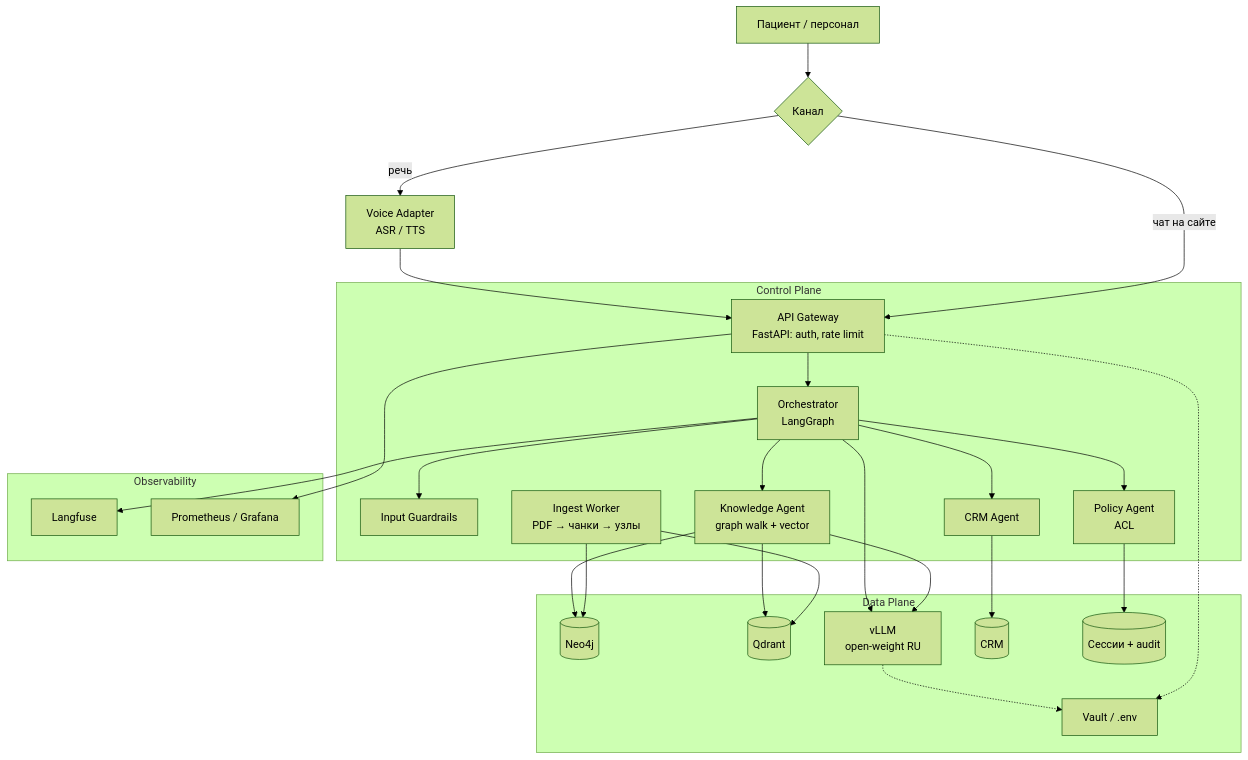
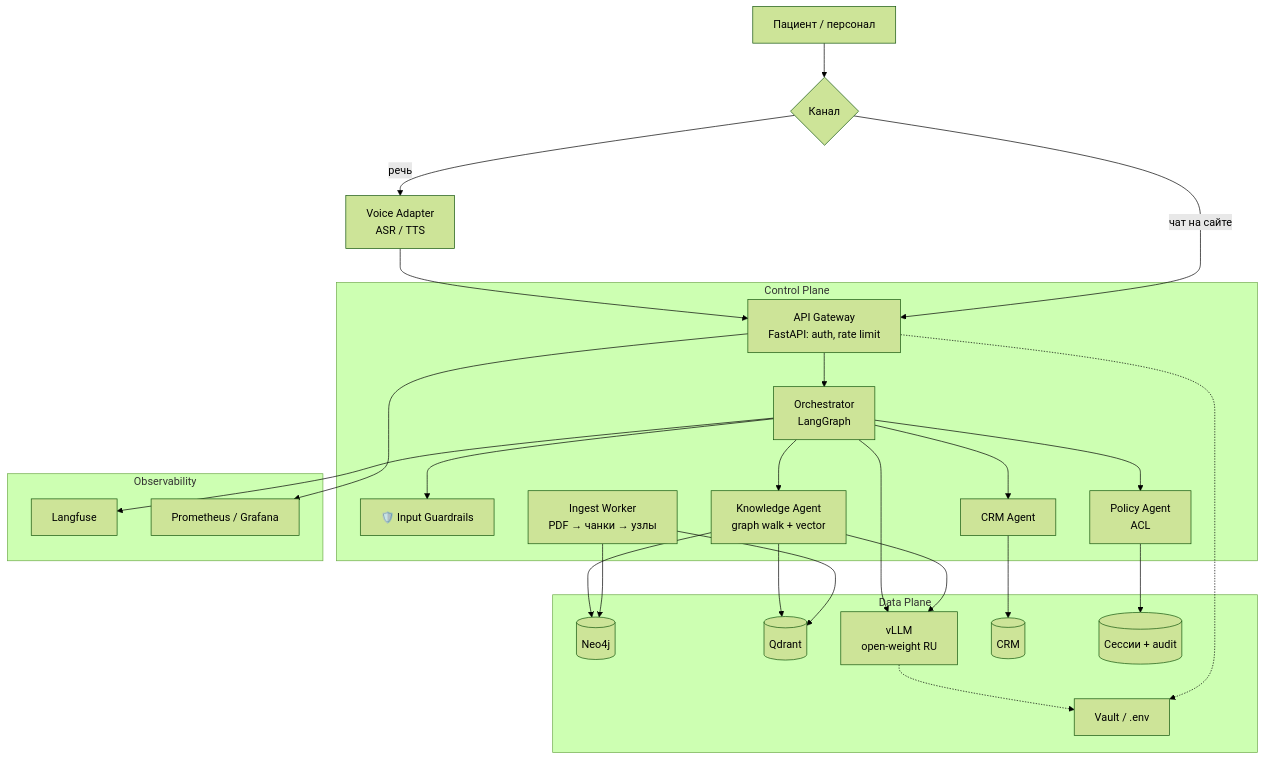
Before and after one commit to divisee/otus-ai-architect: the second of 12 diagrams in final-project/README.md, drawn with Mermaid (forest theme). The commit also changed other lines of this file and 2 other files, not shown here.

First line of the commit message:
Draw the agent graph on the slide instead of three columns

````diff
--- a/final-project/README.md
+++ b/final-project/README.md
@@ -302,43 +302,43 @@
 ```mermaid
 flowchart TB
     U[Пациент / персонал] --> CH{Канал}
     CH -->|речь| VG[Voice Adapter<br/>ASR / TTS]
     CH -->|чат на сайте| GW[API Gateway<br/>FastAPI: auth, rate limit]
     VG --> GW
 
     subgraph CP["Control Plane"]
         GW --> ORCH[Orchestrator<br/>LangGraph]
-        ORCH --> IG[Input Guardrails]
+        ORCH --> IG[🛡️ Input Guardrails]
         ORCH --> KN[Knowledge Agent<br/>graph walk + vector]
         ORCH --> CRM_A[CRM Agent]
         ORCH --> POL[Policy Agent<br/>ACL]
         ING[Ingest Worker<br/>PDF → чанки → узлы]
     end
 
     subgraph DP["Data Plane"]
         NEO[(Neo4j)]
         QD[(Qdrant)]
         LLM[vLLM<br/>open-weight RU]
         CRM[(CRM)]
         VAULT[Vault / .env]
         SESS[(Сессии + audit)]
     end
 
     subgraph OBS["Observability"]
         LF[Langfuse]
         PR[Prometheus / Grafana]
     end
 
     ING --> NEO
     ING --> QD
     KN --> NEO
     KN --> QD
     KN --> LLM
     CRM_A --> CRM
     POL --> SESS
     ORCH --> LLM
     ORCH --> LF
     GW --> PR
     GW -.-> VAULT
     LLM -.-> VAULT
 ```
````
